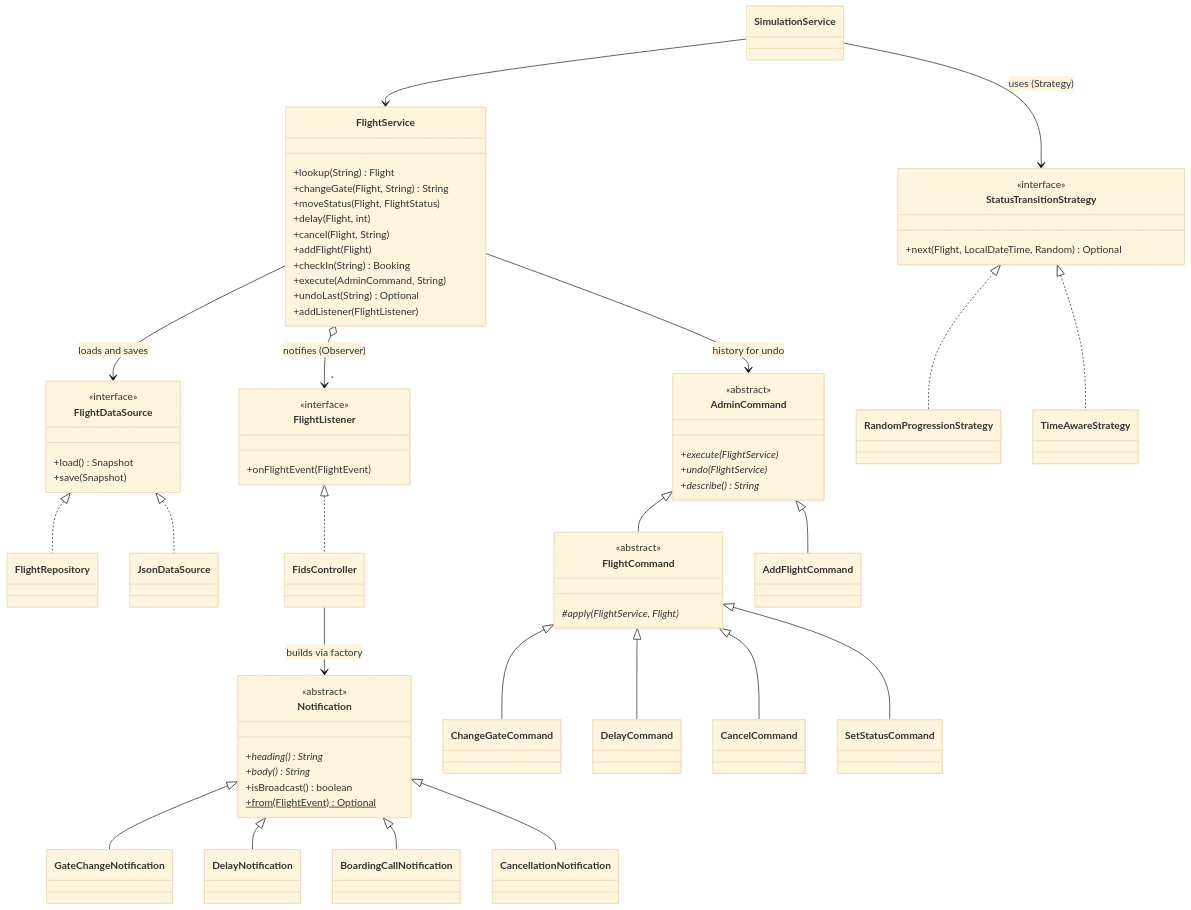
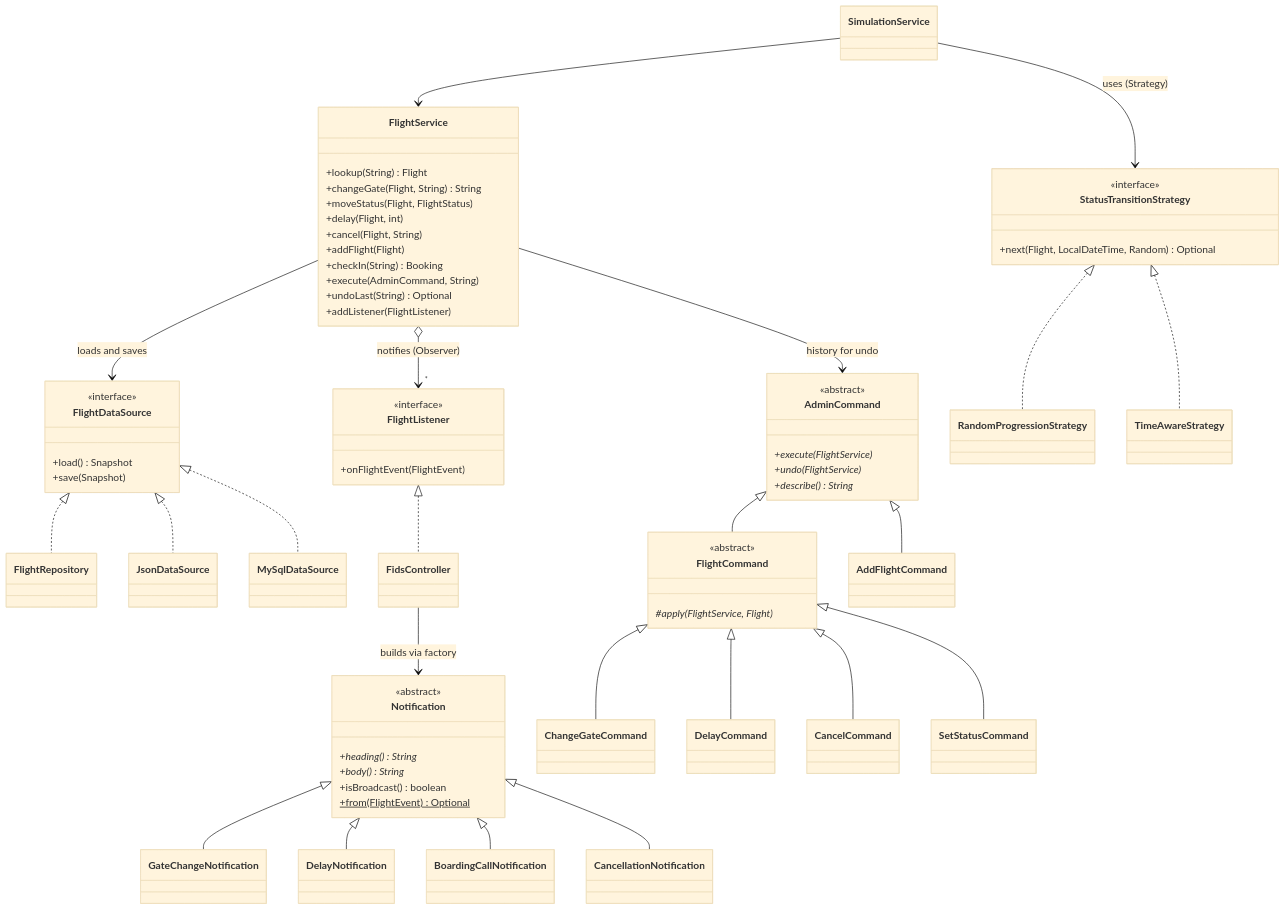
One commit to xtensionlabs/skyscope changed the second of 6 diagrams in docs/UML.md. Above: the diagram before and after it, drawn with Mermaid (base theme). The commit also changed 13 other files, not shown here.

Commit message:
setup mysql database and migrated data from the json data source

````diff
--- a/docs/UML.md
+++ b/docs/UML.md
@@ -84,70 +84,72 @@
 ```mermaid
 classDiagram
     class FlightService {
         +lookup(String) Flight
         +changeGate(Flight, String) String
         +moveStatus(Flight, FlightStatus)
         +delay(Flight, int)
         +cancel(Flight, String)
         +addFlight(Flight)
         +checkIn(String) Booking
         +execute(AdminCommand, String)
         +undoLast(String) Optional
         +addListener(FlightListener)
     }
     class FlightListener {
         <<interface>>
         +onFlightEvent(FlightEvent)
     }
     class FlightDataSource {
         <<interface>>
         +load() Snapshot
         +save(Snapshot)
     }
     class FlightRepository
     class JsonDataSource
+    class MySqlDataSource
     class AdminCommand {
         <<abstract>>
         +execute(FlightService)*
         +undo(FlightService)*
         +describe()* String
     }
     class FlightCommand {
         <<abstract>>
         #apply(FlightService, Flight)*
     }
     class StatusTransitionStrategy {
         <<interface>>
         +next(Flight, LocalDateTime, Random) Optional
     }
     class Notification {
         <<abstract>>
         +heading()* String
         +body()* String
         +isBroadcast() boolean
         +from(FlightEvent)$ Optional
     }
     class SimulationService
     class FidsController
     FlightService --> FlightDataSource : loads and saves
     FlightDataSource <|.. FlightRepository
     FlightDataSource <|.. JsonDataSource
+    FlightDataSource <|.. MySqlDataSource
     FlightService o--> "*" FlightListener : notifies (Observer)
     FlightListener <|.. FidsController
     AdminCommand <|-- FlightCommand
     AdminCommand <|-- AddFlightCommand
     FlightCommand <|-- ChangeGateCommand
     FlightCommand <|-- DelayCommand
     FlightCommand <|-- CancelCommand
     FlightCommand <|-- SetStatusCommand
     FlightService --> AdminCommand : history for undo
     StatusTransitionStrategy <|.. RandomProgressionStrategy
     StatusTransitionStrategy <|.. TimeAwareStrategy
     SimulationService --> StatusTransitionStrategy : uses (Strategy)
     SimulationService --> FlightService
     Notification <|-- GateChangeNotification
     Notification <|-- DelayNotification
     Notification <|-- BoardingCallNotification
     Notification <|-- CancellationNotification
     FidsController --> Notification : builds via factory
 ```
````
